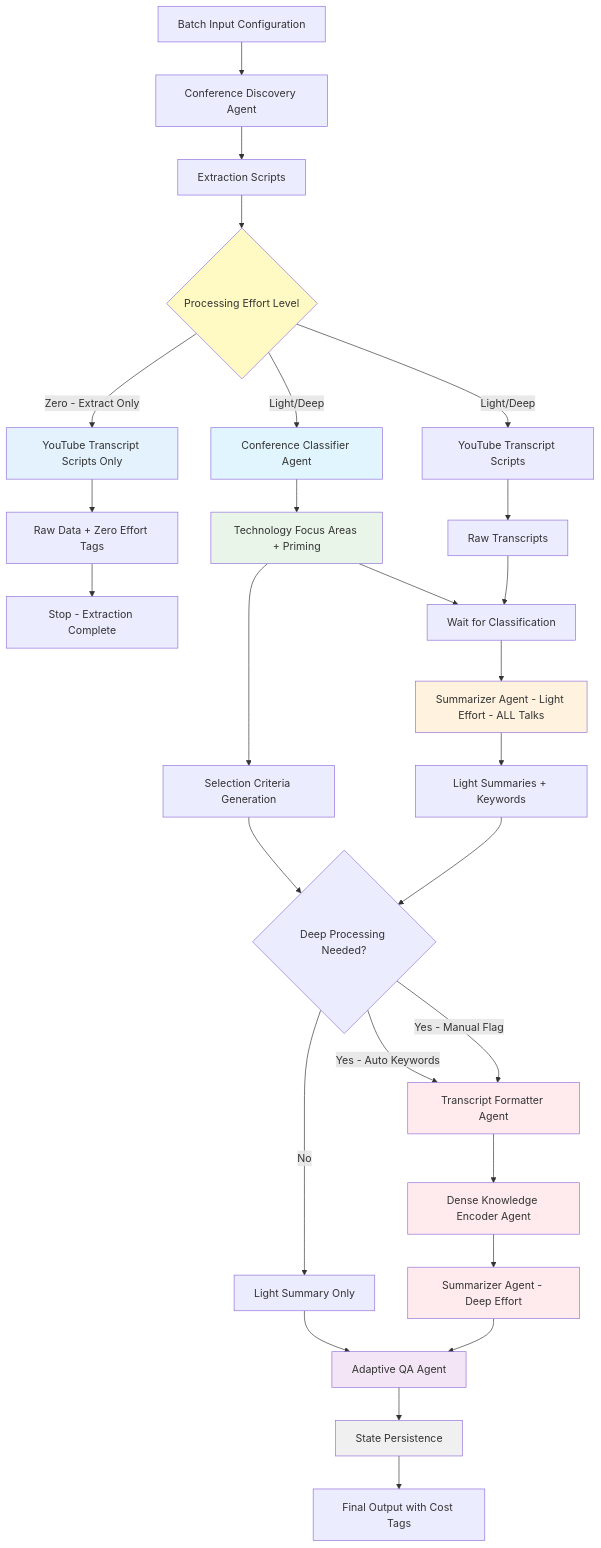
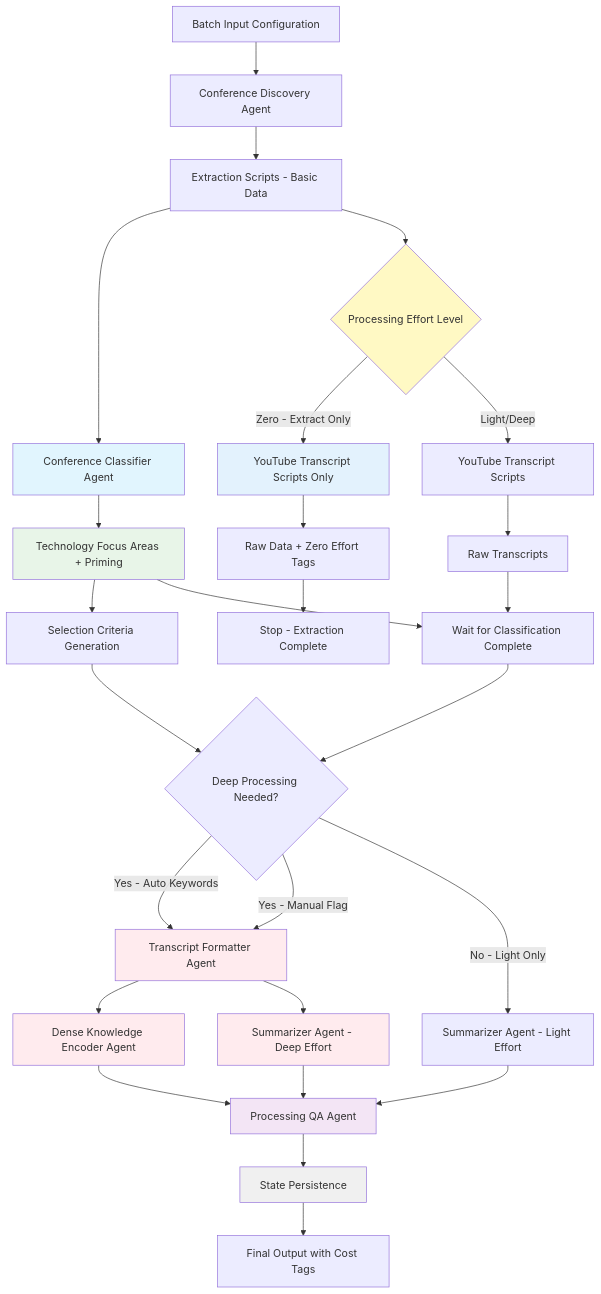
Before and after one commit to lago-morph/conference-summaries: the third of 6 diagrams in specs/conference-extractor/requirements.md, drawn with Mermaid. The commit also changed other lines of this file and 1 other file, not shown here.

First line of the commit message:
Fix system architecture and processing dependencies

````diff
--- a/specs/conference-extractor/requirements.md
+++ b/specs/conference-extractor/requirements.md
@@ -271,50 +275,47 @@
 ```mermaid
 graph TD
     A[Batch Input Configuration] --> B[Conference Discovery Agent]
-    B --> C[Extraction Scripts]
+    B --> C[Extraction Scripts - Basic Data]
     
+    C --> CC[Conference Classifier Agent]
     C --> D{Processing Effort Level}
     D -->|Zero - Extract Only| E[YouTube Transcript Scripts Only]
-    D -->|Light/Deep| F[Conference Classifier Agent]
-    D -->|Light/Deep| G[YouTube Transcript Scripts]
+    D -->|Light/Deep| F[YouTube Transcript Scripts]
     
     E --> H[Raw Data + Zero Effort Tags]
     H --> I[Stop - Extraction Complete]
     
-    F --> J[Technology Focus Areas + Priming]
-    G --> K[Raw Transcripts]
+    CC --> J[Technology Focus Areas + Priming]
+    F --> K[Raw Transcripts]
     
-    J --> L[Wait for Classification]
-    K --> L
-    L --> M[Summarizer Agent - Light Effort - ALL Talks]
+    J --> L[Selection Criteria Generation]
+    J --> M[Wait for Classification Complete]
+    K --> M
     
-    J --> N[Selection Criteria Generation]
-    M --> O[Light Summaries + Keywords]
+    M --> N{Deep Processing Needed?}
+    L --> N
     
-    N --> P{Deep Processing Needed?}
-    O --> P
+    N -->|Yes - Auto Keywords| O[Transcript Formatter Agent]
+    N -->|Yes - Manual Flag| O
+    N -->|No - Light Only| P[Summarizer Agent - Light Effort]
     
-    P -->|Yes - Auto Keywords| Q[Transcript Formatter Agent]
-    P -->|Yes - Manual Flag| Q
-    P -->|No| R[Light Summary Only]
+    O --> Q[Dense Knowledge Encoder Agent]
+    O --> R[Summarizer Agent - Deep Effort]
     
-    Q --> S[Dense Knowledge Encoder Agent]
-    S --> T[Summarizer Agent - Deep Effort]
+    P --> S[Processing QA Agent]
+    Q --> S
+    R --> S
     
-    R --> U[Adaptive QA Agent]
-    T --> U
-    
-    U --> V[State Persistence]
-    V --> W[Final Output with Cost Tags]
+    S --> T[State Persistence]
+    T --> U[Final Output with Cost Tags]
     
     style D fill:#fff9c4
     style E fill:#e3f2fd
-    style F fill:#e1f5fe
+    style CC fill:#e1f5fe
     style J fill:#e8f5e8
-    style M fill:#fff3e0
+    style O fill:#ffebee
     style Q fill:#ffebee
-    style S fill:#ffebee
-    style T fill:#ffebee
-    style U fill:#f3e5f5
-    style V fill:#f0f0f0
+    style R fill:#ffebee
+    style S fill:#f3e5f5
+    style T fill:#f0f0f0
 ```
````
